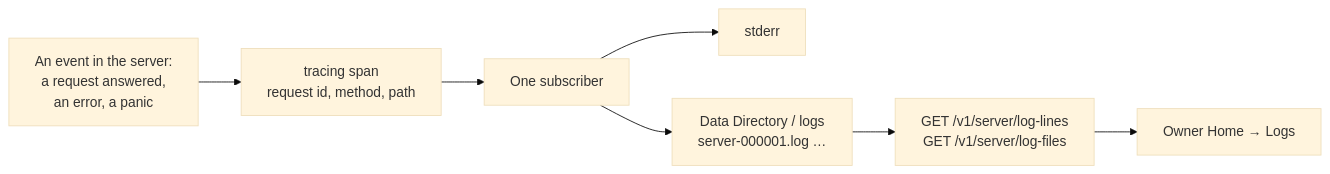
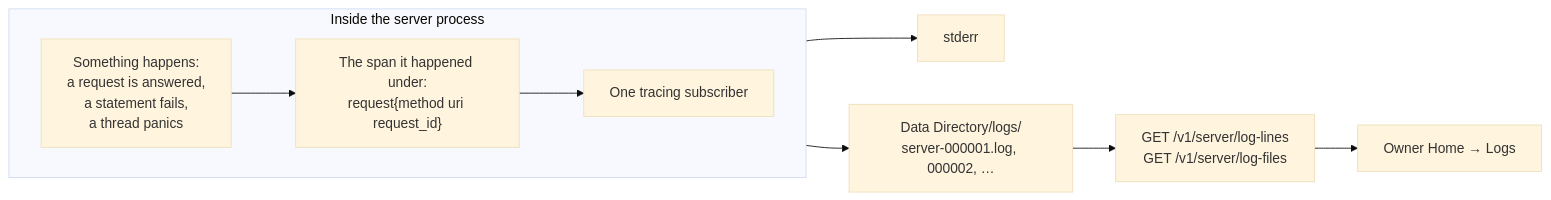
The diagram in docs/architecture/server-log.md (messagecrate/message-crate), drawn with Mermaid (base theme) before and after one commit. The commit also changed other lines of this file, not shown here.

Commit message:
Explain each step of the server log diagram

````diff
--- a/docs/architecture/server-log.md
+++ b/docs/architecture/server-log.md
@@ -11,14 +11,14 @@
 ```mermaid
 flowchart LR
-    E[An event in the server:\na request answered,\nan error, a panic]
-    T[tracing span\nrequest id, method, path]
-    S[One subscriber]
-    SE[stderr]
-    F[Data Directory / logs\nserver-000001.log …]
-    R["GET /v1/server/log-lines\nGET /v1/server/log-files"]
-    P[Owner Home → Logs]
-    E --> T --> S
-    S --> SE
-    S --> F
-    F --> R --> P
+    subgraph inside["Inside the server process"]
+        direction LR
+        E["Something happens:<br/>a request is answered,<br/>a statement fails,<br/>a thread panics"]
+        T["The span it happened under:<br/>request{method uri request_id}"]
+        S["One tracing subscriber"]
+        E --> T --> S
+    end
+    S --> SE["stderr"]
+    S --> F["Data Directory/logs/<br/>server-000001.log, 000002, …"]
+    F --> R["GET /v1/server/log-lines<br/>GET /v1/server/log-files"]
+    R --> P["Owner Home → Logs"]
 ```
````
